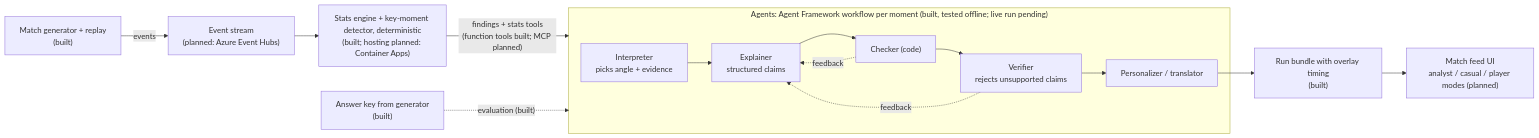
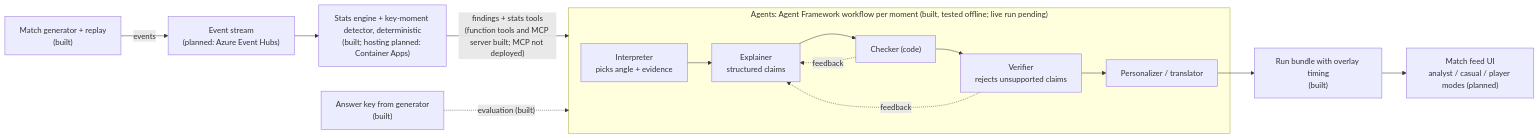
Before and after one commit to rahmanshah/pitchside-developer-hackathon: the diagram in docs/ARCHITECTURE.md, drawn with Mermaid. The commit also changed 4 other files, not shown here.

First line of the commit message:
Document the MCP server: docs/MCP.md, README section, decision 15

````diff
--- a/docs/ARCHITECTURE.md
+++ b/docs/ARCHITECTURE.md
@@ -5,17 +5,17 @@
 ```mermaid
 flowchart LR
     G["Match generator + replay<br/>(built)"] -->|events| B["Event stream<br/>(planned: Azure Event Hubs)"]
     B --> S["Stats engine + key-moment detector, deterministic<br/>(built; hosting planned: Container Apps)"]
-    S -->|"findings + stats tools<br/>(function tools built; MCP planned)"| A
+    S -->|"findings + stats tools<br/>(function tools and MCP server built; MCP not deployed)"| A
     subgraph A["Agents: Agent Framework workflow per moment (built, tested offline; live run pending)"]
         I["Interpreter<br/>picks angle + evidence"] --> E["Explainer<br/>structured claims"]
         E --> C["Checker (code)"]
         C --> V["Verifier<br/>rejects unsupported claims"]
         V --> P["Personalizer / translator"]
         C -. feedback .-> E
         V -. feedback .-> E
     end
     P --> R["Run bundle with overlay timing<br/>(built)"]
     R --> UI["Match feed UI<br/>analyst / casual / player modes (planned)"]
     K["Answer key from generator<br/>(built)"] -.->|"evaluation (built)"| A
 ```
````
